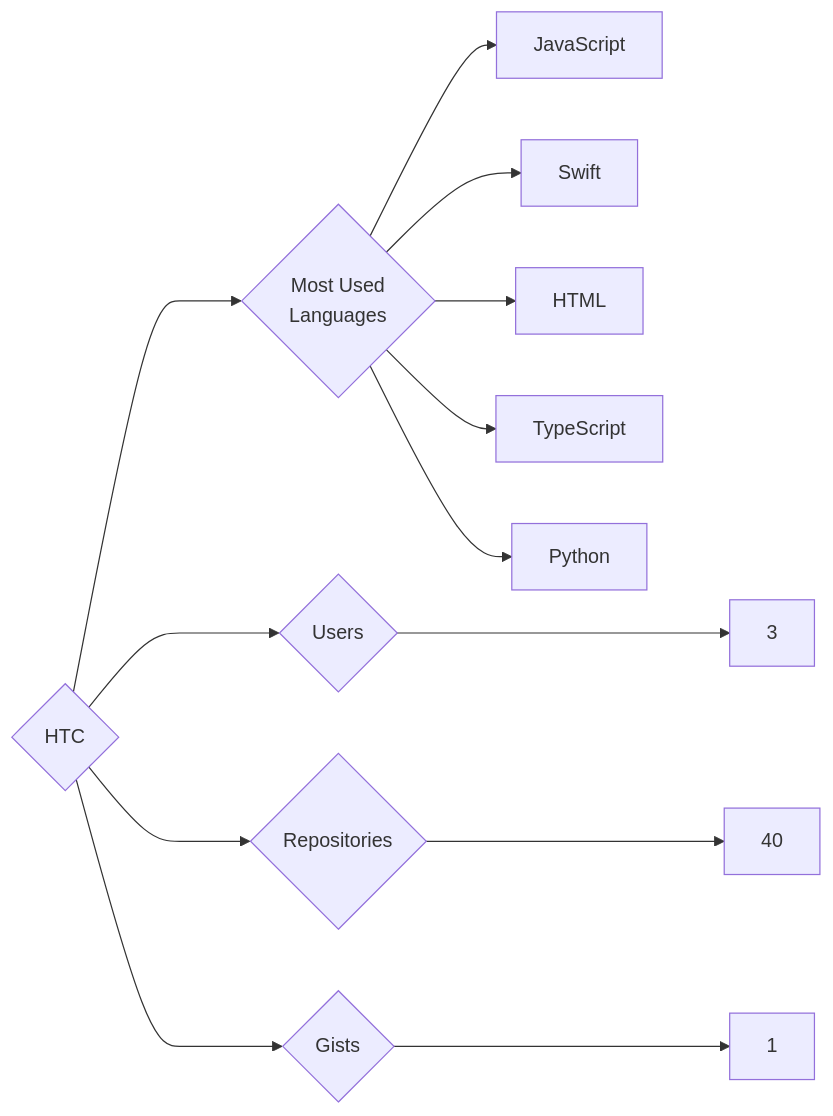
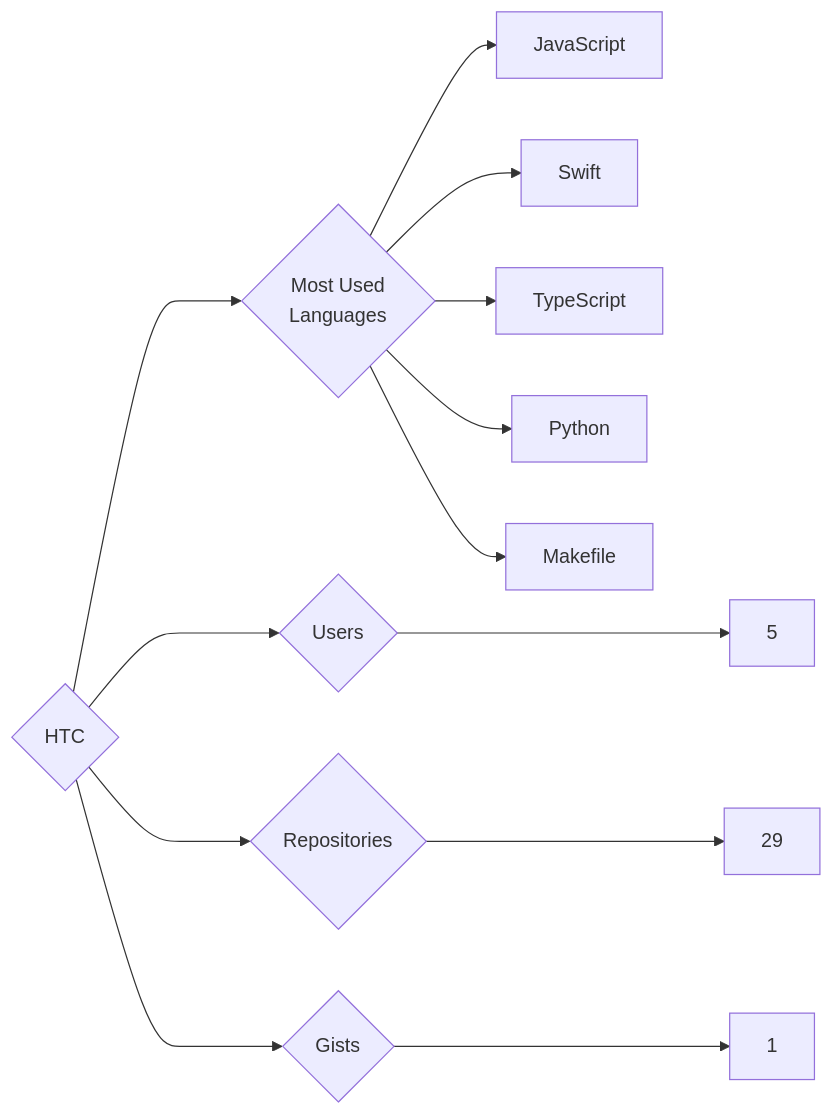
One commit to trickest/insiders changed the diagram in targets/HTC/README.md. Above: the diagram before and after it, drawn with Mermaid. The commit also changed 1088 other files, not shown here.

````diff
--- a/targets/HTC/README.md
+++ b/targets/HTC/README.md
@@ -3,13 +3,13 @@
 ```mermaid
 graph LR
 COMPANY_NAME{HTC}
-COMPANY_NAME ---> U{Users} ---> UN[3]
-COMPANY_NAME ---> R{Repositories} ---> RN[40]
+COMPANY_NAME ---> U{Users} ---> UN[5]
+COMPANY_NAME ---> R{Repositories} ---> RN[29]
 COMPANY_NAME ---> G{Gists} ---> GN[1]
 COMPANY_NAME ---> ML{Most Used<br>Languages}
 ML --> JavaScript[JavaScript]
 ML --> Swift[Swift]
-ML --> HTML[HTML]
 ML --> TypeScript[TypeScript]
 ML --> Python[Python]
+ML --> Makefile[Makefile]
 ```
````
